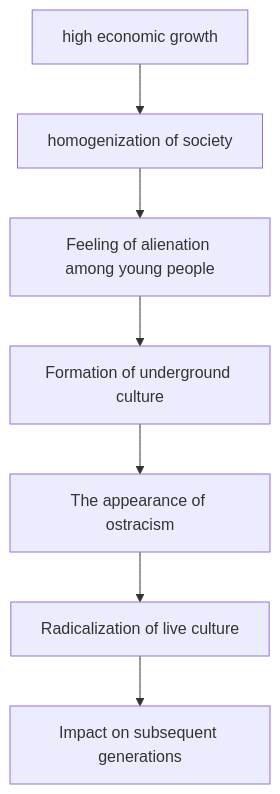
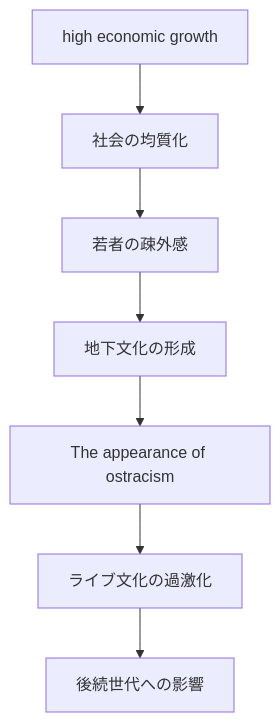
One commit to monumental-movement/monumental-movement.github.io changed the second of 2 diagrams in en/_posts/2026-03-21-column-murahachibu.md. Above: the diagram before and after it, drawn with Mermaid. The commit also changed other lines of this file and 2196 other files, not shown here.

```diff
--- a/en/_posts/2026-03-21-column-murahachibu.md
+++ b/en/_posts/2026-03-21-column-murahachibu.md
@@ -141,9 +141,9 @@
 <div class="mermaid">
 graph TD
-    A[high economic growth] --> B[homogenization of society]
-    B --> C[Feeling of alienation among young people]
-    C --> D[Formation of underground culture]
+    A[high economic growth] --> B[社会の均質化]
+    B --> C[若者の疎外感]
+    C --> D[地下文化の形成]
     D --> E[The appearance of ostracism]
-    E --> F[Radicalization of live culture]
-    F --> G[Impact on subsequent generations]
+    E --> F[ライブ文化の過激化]
+    F --> G[後続世代への影響]
 </div>
```
